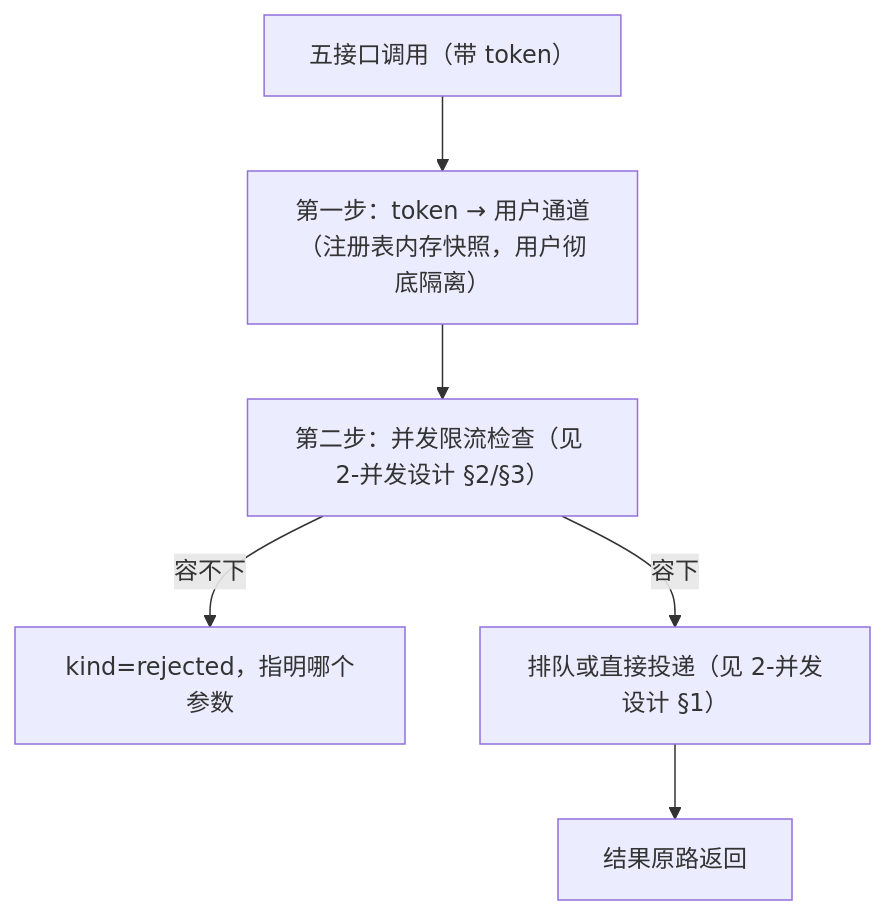
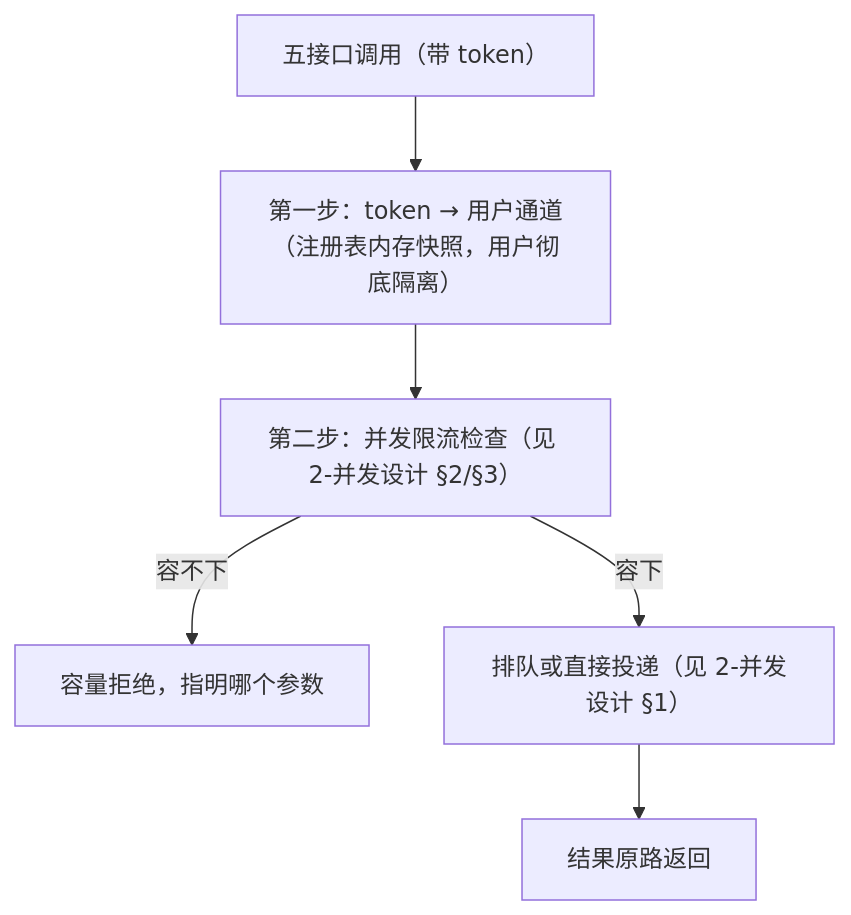
The diagram in spec/design-concepts/中层/3-路由设计.md (GentLau/virtuoso-bridge-NCS), drawn with Mermaid before and after one commit. The commit also changed other lines of this file and 6 other files, not shown here.

````diff
--- a/spec/design-concepts/中层/3-路由设计.md
+++ b/spec/design-concepts/中层/3-路由设计.md
@@ -17,8 +17,8 @@
 ```mermaid
 flowchart TD
     A[五接口调用（带 token）] --> B["第一步：token → 用户通道（注册表内存快照，用户彻底隔离）"]
     B --> C["第二步：并发限流检查（见 2-并发设计 §2/§3）"]
-    C -- 容不下 --> R["kind=rejected，指明哪个参数"]
+    C -- 容不下 --> R["容量拒绝，指明哪个参数"]
     C -- 容下 --> D["排队或直接投递（见 2-并发设计 §1）"]
     D --> E[结果原路返回]
 ```
````
